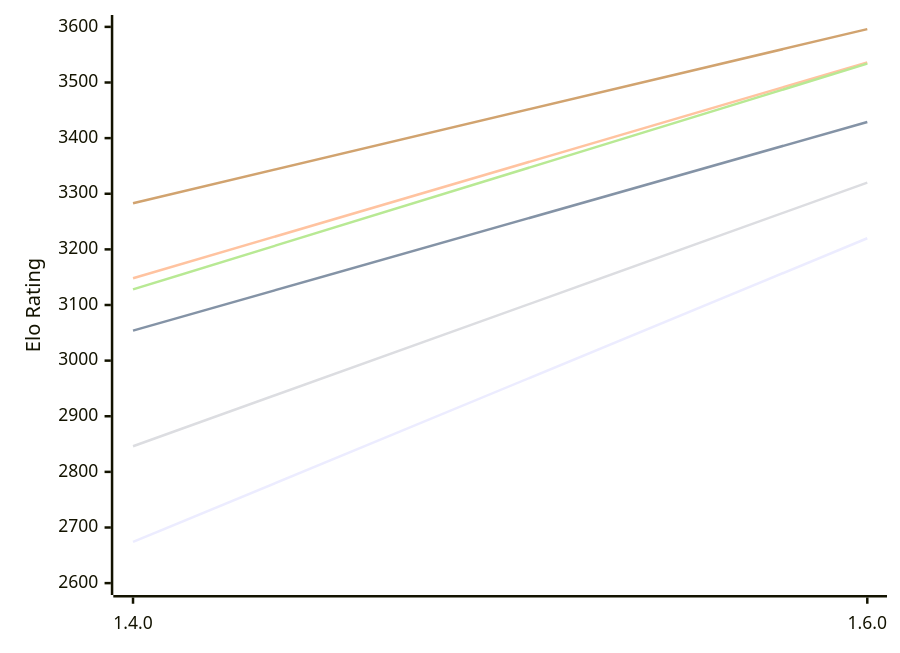
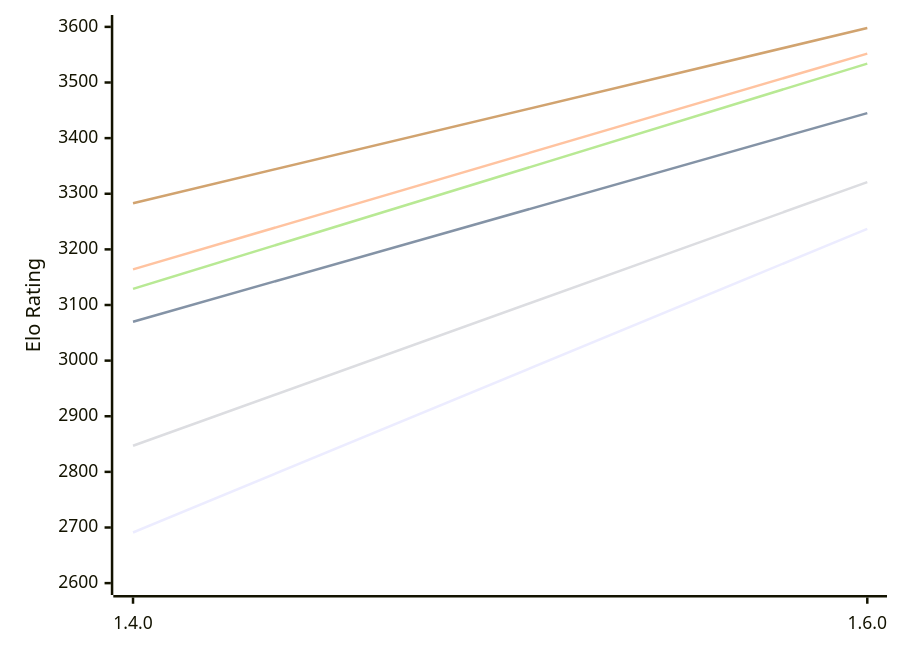
One commit to computer-chess-index/cci changed the first of 2 diagrams in engines/Gyatso.md. Above: the diagram before and after it, drawn with Mermaid. The commit also changed other lines of this file, not shown here.

Commit message:
Update CCI Ratings (ELO VLTC) - 2026-11-11

````diff
--- a/engines/Gyatso.md
+++ b/engines/Gyatso.md
@@ -53,12 +53,12 @@
 ```mermaid
 %%{init: {"theme":"base","themeVariables":{"seriesColors:['#a3a3a3','#222221','#faa371']}}}%%
 xychart-beta
   x-axis ["1.4.0", "1.6.0"]
   y-axis "Elo Rating" 2600 --> 3600
-  line "E1: STC (8.0+0.08s)" [2674, 3220]
-  line "E1: LTC (60.0+0.60s)" [3054, 3429]
-  line "E1: VLTC (2m24s+1.12s)" [3148, 3536]
-  line "P1: STC (8.0+0.08s)" [2846, 3320]
-  line "P1: LTC (60.0+0.60s)" [3128, 3534]
-  line "P1: VLTC (2m24s+1.12s)" [3283, 3596]
+  line "E1: STC (8.0+0.08s)" [2691, 3237]
+  line "E1: LTC (60.0+0.60s)" [3070, 3445]
+  line "E1: VLTC (2m24s+1.12s)" [3164, 3552]
+  line "P1: STC (8.0+0.08s)" [2847, 3321]
+  line "P1: LTC (60.0+0.60s)" [3129, 3534]
+  line "P1: VLTC (2m24s+1.12s)" [3283, 3598]
 ```
````
